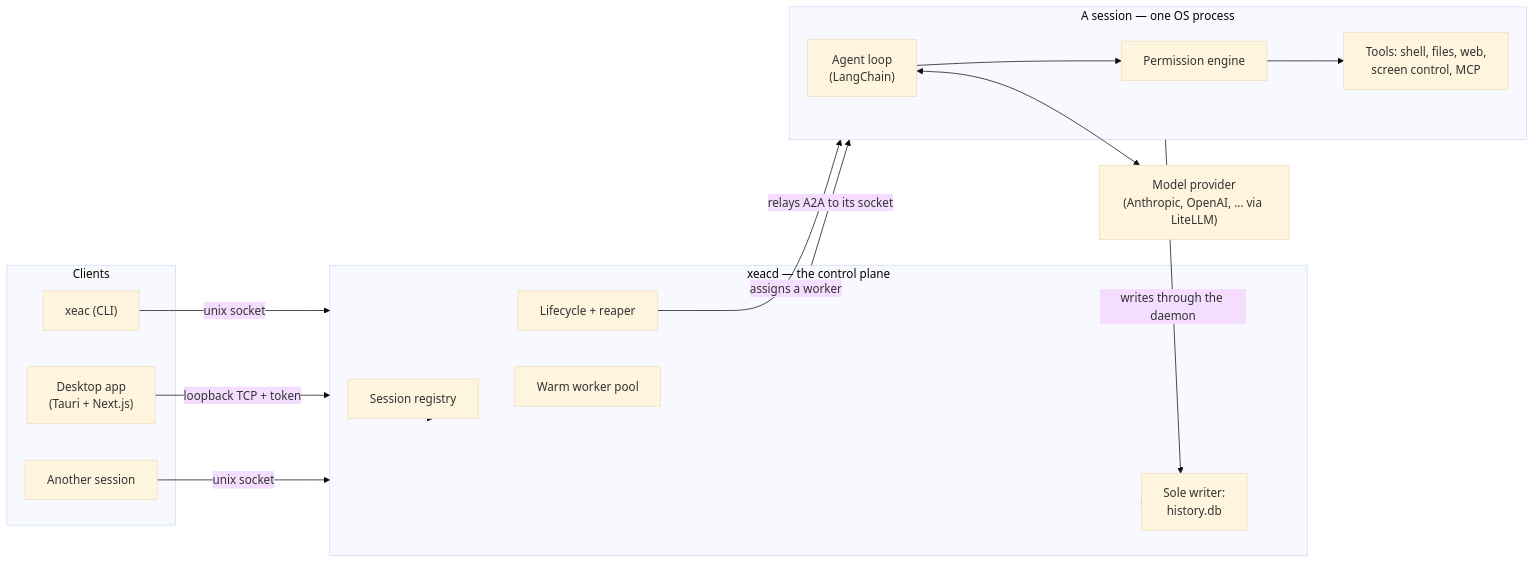
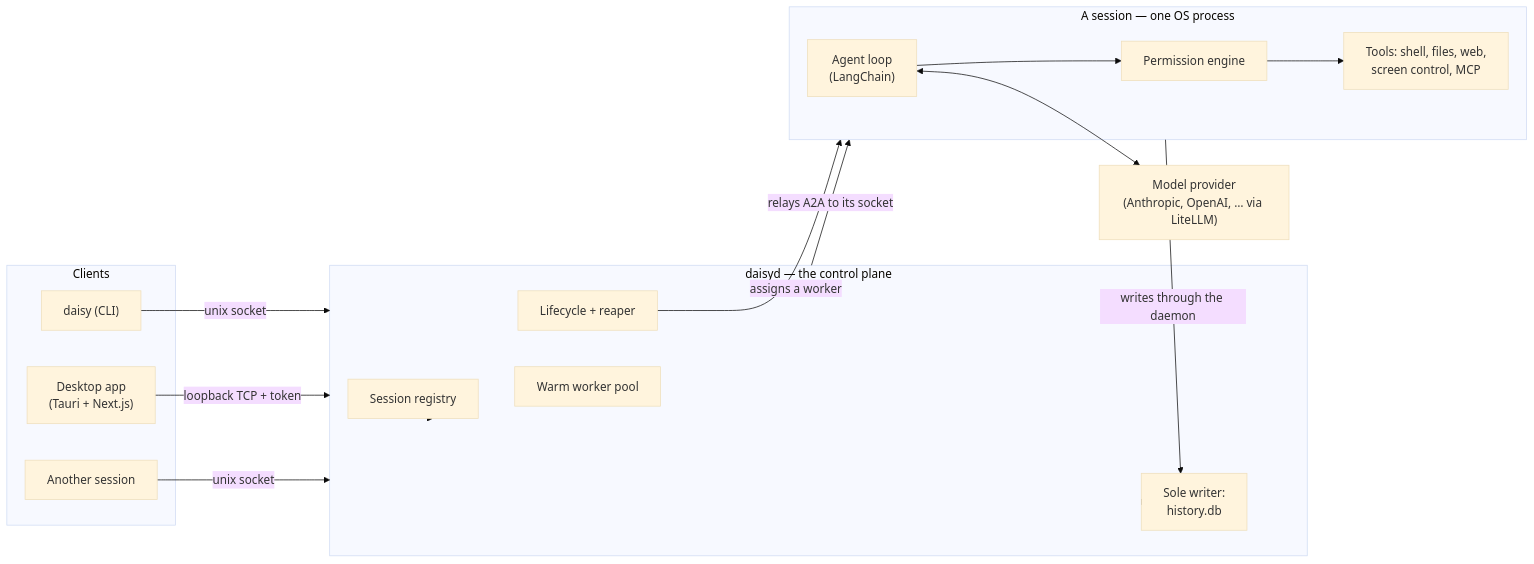
Before and after one commit to ghovax/frank: the diagram in documentation/architecture.md, drawn with Mermaid (base theme). The commit also changed other lines of this file and 345 other files, not shown here.

````diff
--- a/documentation/architecture.md
+++ b/documentation/architecture.md
@@ -5,33 +5,33 @@
 ```mermaid
 flowchart LR
     subgraph Clients
-        Cli["xeac (CLI)"]
+        Cli["daisy (CLI)"]
         App["Desktop app<br/>(Tauri + Next.js)"]
         Peer["Another session"]
     end
 
-    subgraph Daemon["xeacd — the control plane"]
+    subgraph Daemon["daisyd — the control plane"]
         Registry["Session registry"]
         Lifecycle["Lifecycle + reaper"]
         Pool["Warm worker pool"]
         Stores["Sole writer:<br/>history.db"]
     end
 
     subgraph Session["A session — one OS process"]
         Executor["Agent loop<br/>(LangChain)"]
         Permissions["Permission engine"]
         Tools["Tools: shell, files, web,<br/>screen control, MCP"]
     end
 
     ModelProvider["Model provider<br/>(Anthropic, OpenAI, … via LiteLLM)"]
 
     Cli -->|unix socket| Daemon
     App -->|loopback TCP + token| Daemon
     Peer -->|unix socket| Daemon
     Daemon --> Registry & Lifecycle & Pool & Stores
     Lifecycle -->|assigns a worker| Session
     Daemon -->|relays A2A to its socket| Session
     Session -->|writes through the daemon| Stores
     Executor --> Permissions --> Tools
     Executor <--> ModelProvider
 ```
````
